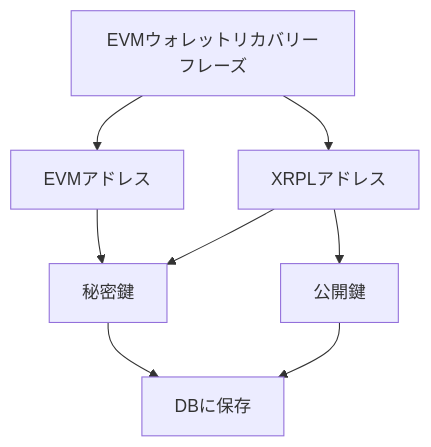
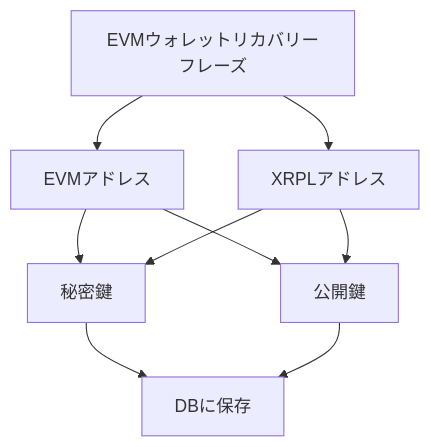
One commit to cicada2290/RippleEVM changed the diagram in README.md. Above: the diagram before and after it, drawn with Mermaid.

````diff
--- a/README.md
+++ b/README.md
@@ -27,10 +27,11 @@
 ```mermaid
 graph TB
     A[EVMウォレットリカバリーフレーズ] --> B[EVMアドレス]
     A --> C[XRPLアドレス]
     B --> D[秘密鍵]
     C --> D
-    C --> E[公開鍵]
+    B --> E[公開鍵]
+    C --> E
     D --> F[DBに保存]
     E --> F
 ```
````
